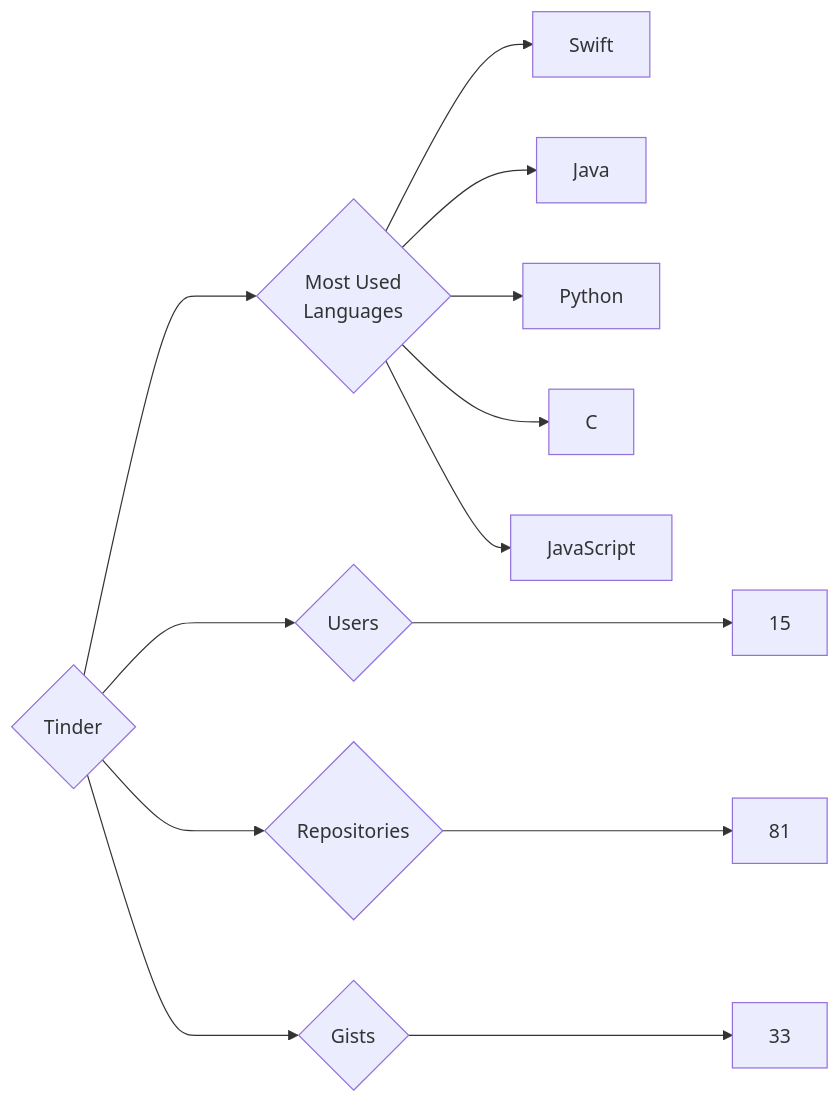
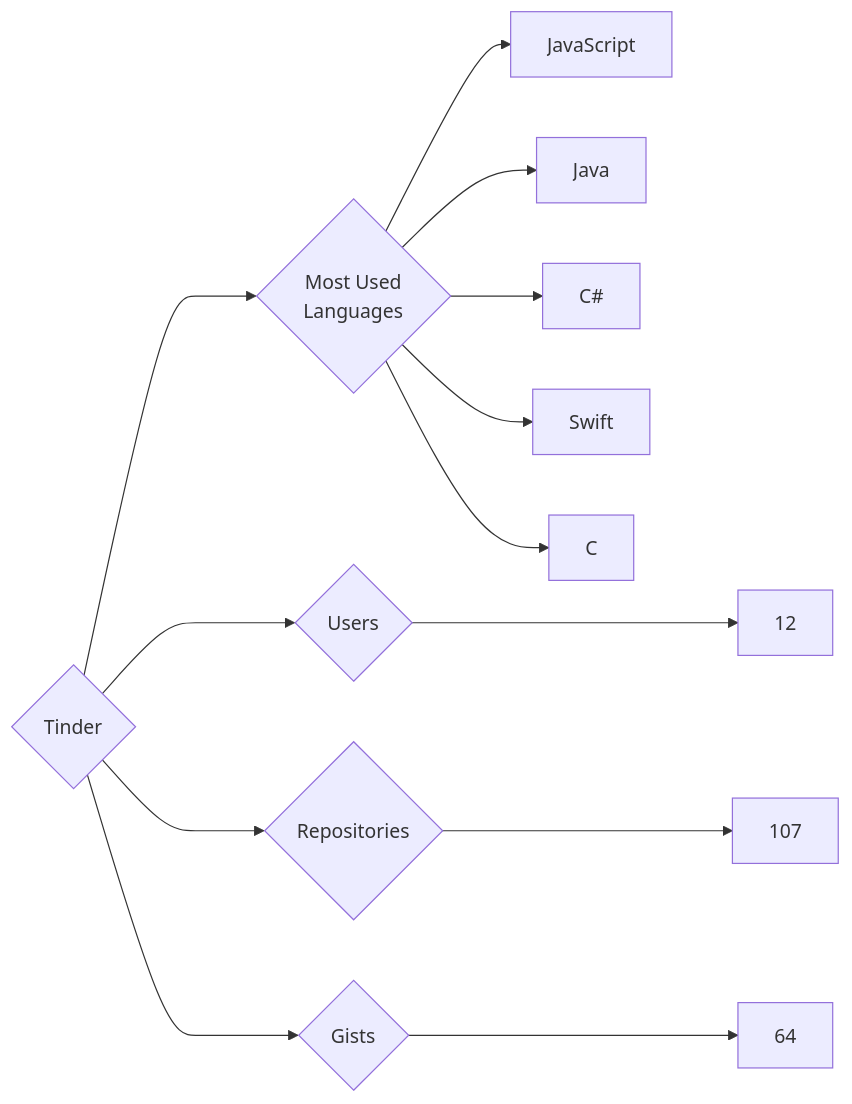
One commit to trickest/insiders changed the diagram in targets/Tinder/README.md. Above: the diagram before and after it, drawn with Mermaid. The commit also changed 839 other files, not shown here.

````diff
--- a/targets/Tinder/README.md
+++ b/targets/Tinder/README.md
@@ -3,13 +3,13 @@
 ```mermaid
 graph LR
 COMPANY_NAME{Tinder}
-COMPANY_NAME ---> U{Users} ---> UN[15]
-COMPANY_NAME ---> R{Repositories} ---> RN[81]
-COMPANY_NAME ---> G{Gists} ---> GN[33]
+COMPANY_NAME ---> U{Users} ---> UN[12]
+COMPANY_NAME ---> R{Repositories} ---> RN[107]
+COMPANY_NAME ---> G{Gists} ---> GN[64]
 COMPANY_NAME ---> ML{Most Used<br>Languages}
+ML --> JavaScript[JavaScript]
+ML --> Java[Java]
+ML --> C#[C#]
 ML --> Swift[Swift]
-ML --> Java[Java]
-ML --> Python[Python]
 ML --> C[C]
-ML --> JavaScript[JavaScript]
 ```
````
